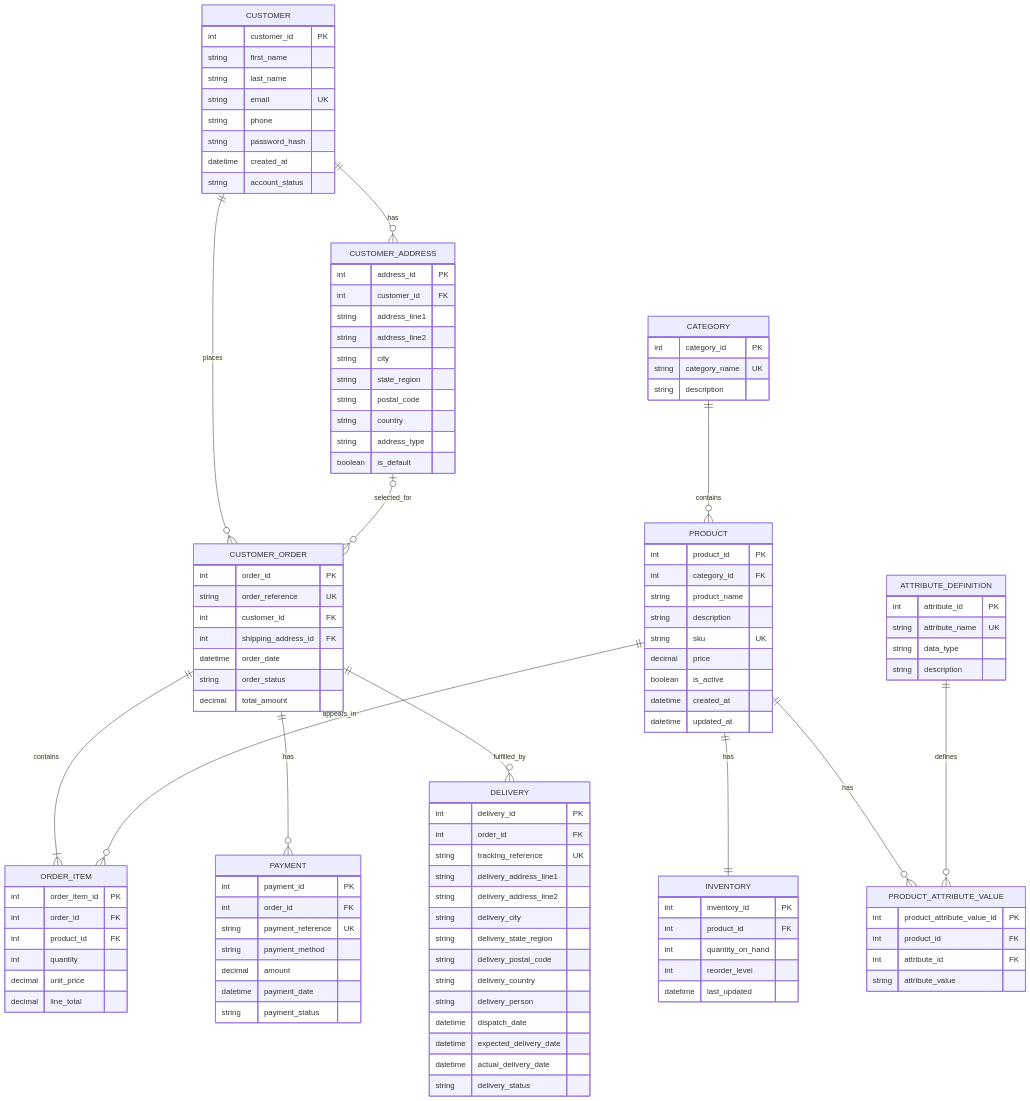
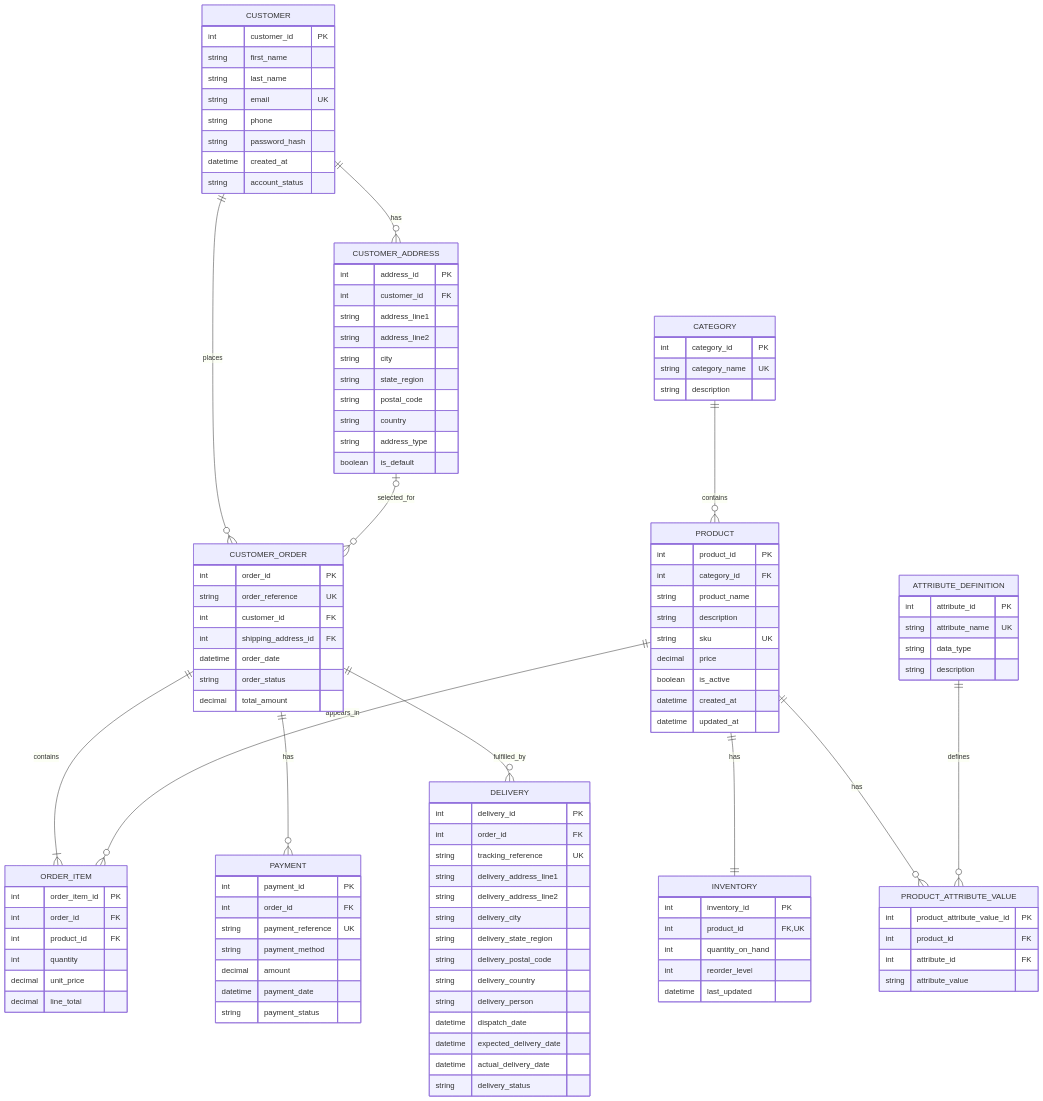
The diagram in portfolio-1-database-design/portfolio1.md (aadedayo9382/advanced-database-portfolio-mit8103), drawn with Mermaid before and after one commit. The commit also changed other lines of this file and 1 other file, not shown here.

```diff
--- a/portfolio-1-database-design/portfolio1.md
+++ b/portfolio-1-database-design/portfolio1.md
@@ -270,7 +352,7 @@
 
     INVENTORY {
         int inventory_id PK
-        int product_id FK
+        int product_id FK, UK
         int quantity_on_hand
         int reorder_level
         datetime last_updated
```
